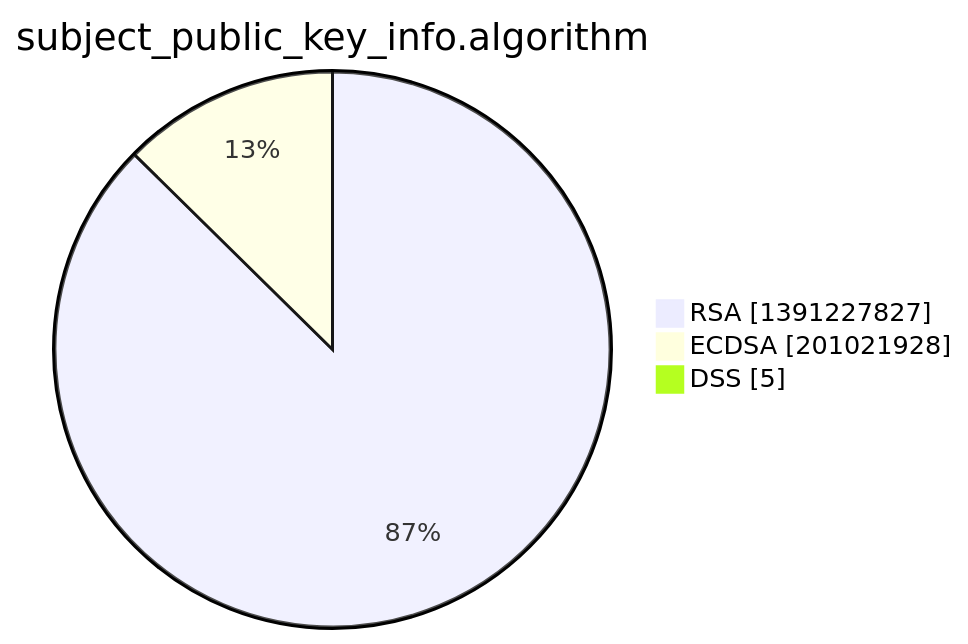
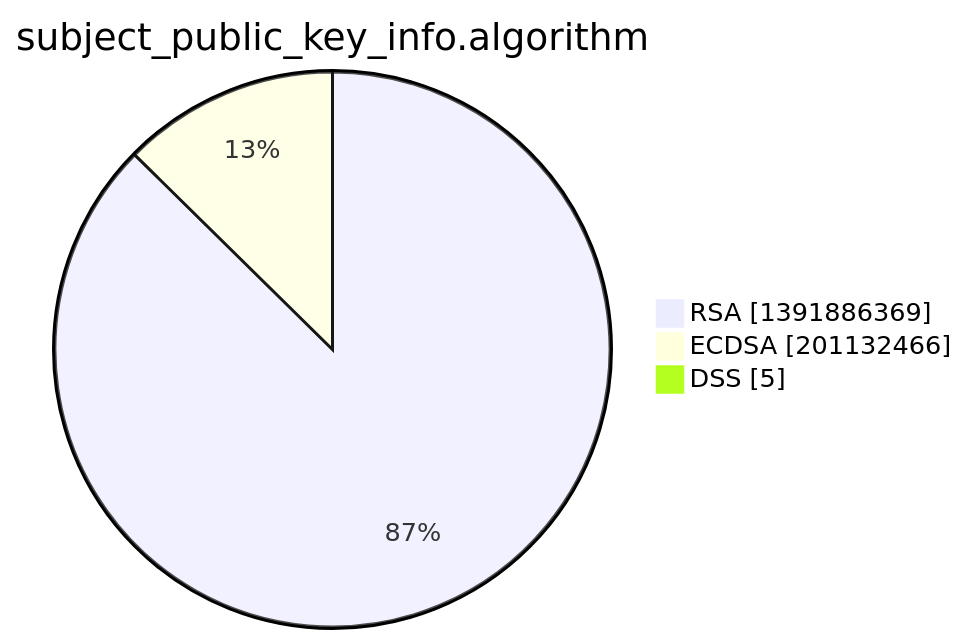
The third of 15 diagrams in xenon2022/README.md (christiankrug/ctmonitor_visualization), drawn with Mermaid before and after one commit. The commit also changed other lines of this file, not shown here.

````diff
--- a/xenon2022/README.md
+++ b/xenon2022/README.md
@@ -14,7 +14,7 @@
 ```mermaid
 pie showData
 title subject_public_key_info.algorithm
-"RSA" :1391227827
-"ECDSA" :201021928
+"RSA" :1391886369
+"ECDSA" :201132466
 "DSS" :5
 ```
````
